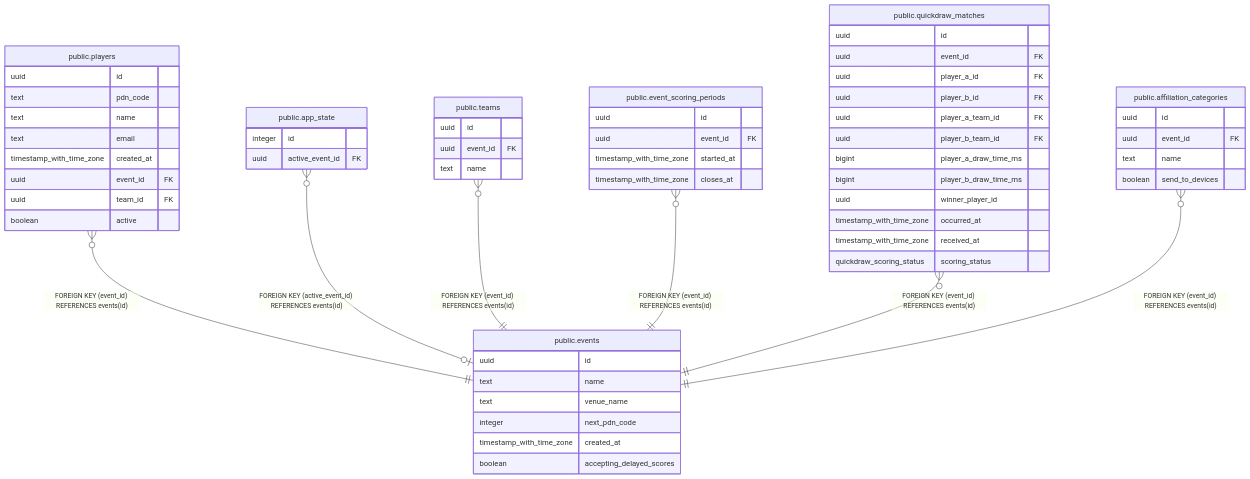
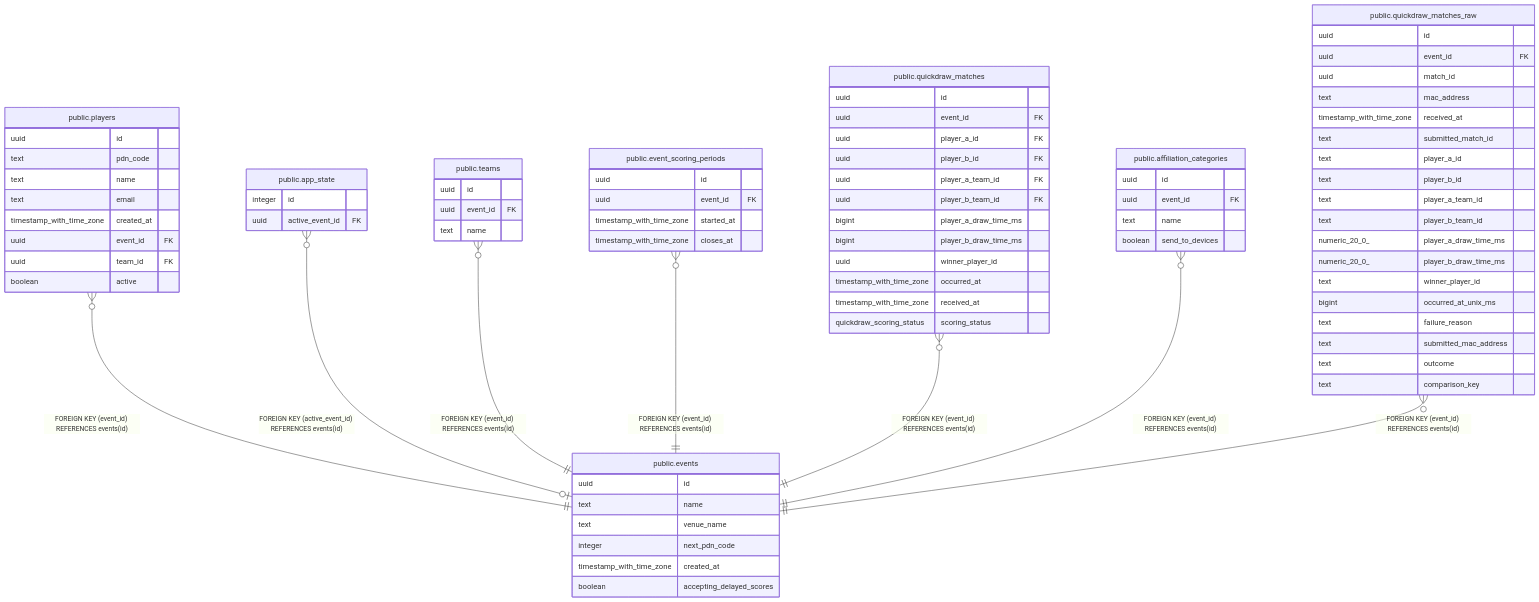
Before and after one commit to alleycatassetacquisitions/alleycat-rs: the diagram in docs/database/schema/public.events.md, drawn with Mermaid. The commit also changed other lines of this file and 28 other files, not shown here.

First line of the commit message:
Retain raw quickdraw reports and add match diagnostics (#63)

````diff
--- a/docs/database/schema/public.events.md
+++ b/docs/database/schema/public.events.md
@@ -40,6 +40,7 @@
 "public.event_scoring_periods" }o--|| "public.events" : "FOREIGN KEY (event_id) REFERENCES events(id)"
 "public.quickdraw_matches" }o--|| "public.events" : "FOREIGN KEY (event_id) REFERENCES events(id)"
 "public.affiliation_categories" }o--|| "public.events" : "FOREIGN KEY (event_id) REFERENCES events(id)"
+"public.quickdraw_matches_raw" }o--|| "public.events" : "FOREIGN KEY (event_id) REFERENCES events(id)"
 
 "public.events" {
   uuid id
@@ -94,4 +95,24 @@
   text name
   boolean send_to_devices
 }
+"public.quickdraw_matches_raw" {
+  uuid id
+  uuid event_id FK
+  uuid match_id
+  text mac_address
+  timestamp_with_time_zone received_at
+  text submitted_match_id
+  text player_a_id
+  text player_b_id
+  text player_a_team_id
+  text player_b_team_id
+  numeric_20_0_ player_a_draw_time_ms
+  numeric_20_0_ player_b_draw_time_ms
+  text winner_player_id
+  bigint occurred_at_unix_ms
+  text failure_reason
+  text submitted_mac_address
+  text outcome
+  text comparison_key
+}
 ```
````
